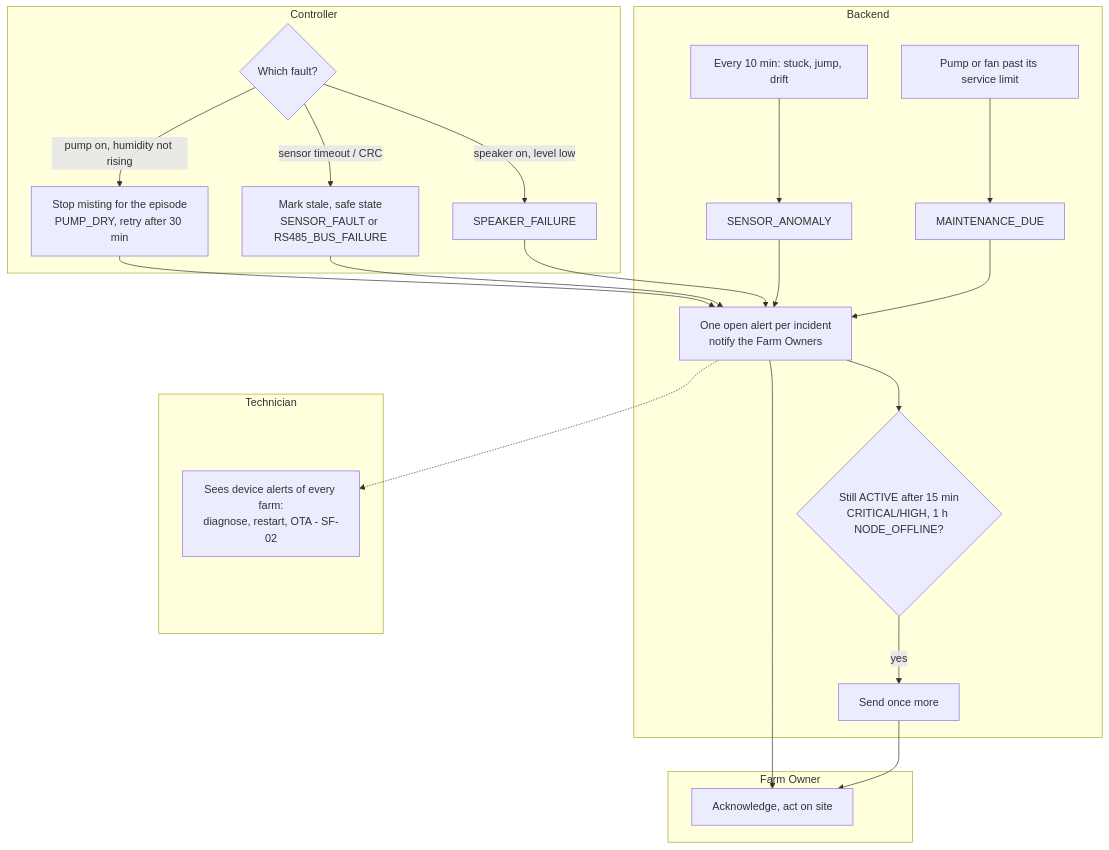
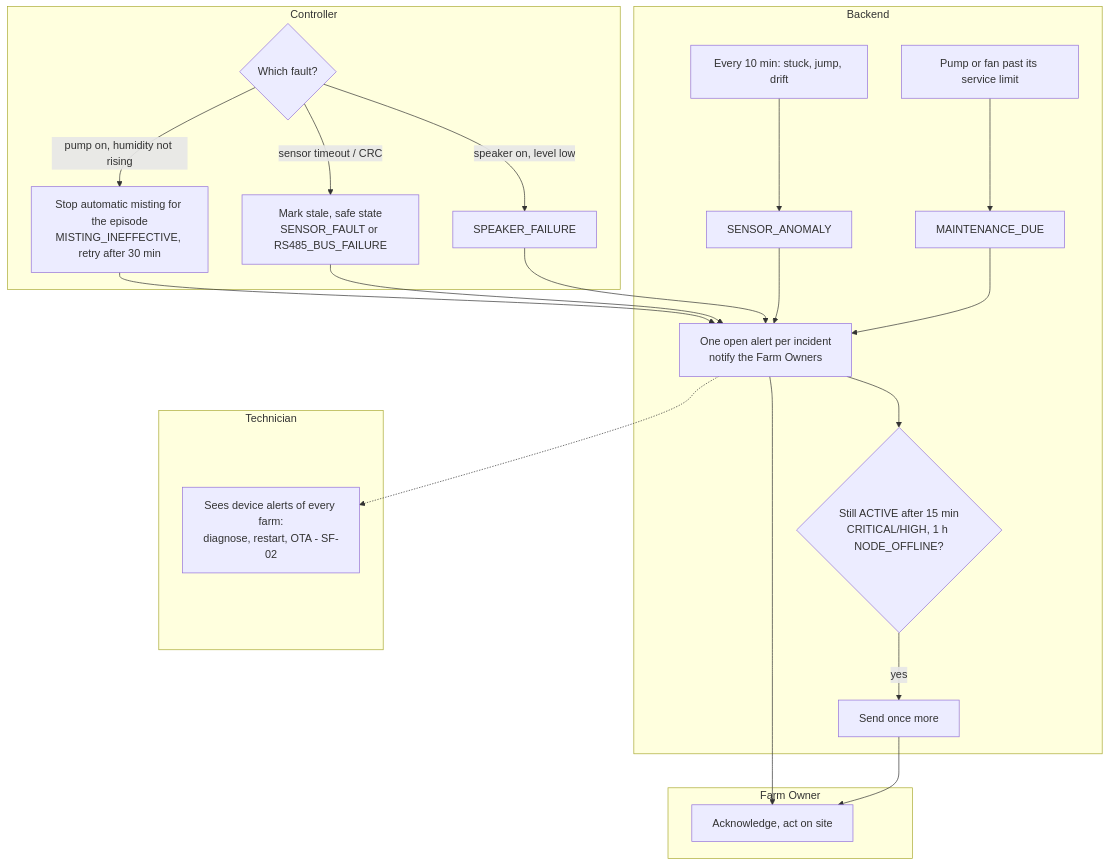
One commit to NBao261/SwiftletCare_KLTN changed diagram 24 of 35 in docs/reports/report4-sdd.md. Above: the diagram before and after it, drawn with Mermaid. The commit also changed other lines of this file and 21 other files, not shown here.

````diff
--- a/docs/reports/report4-sdd.md
+++ b/docs/reports/report4-sdd.md
@@ -943,28 +1066,28 @@
 ```mermaid
 flowchart TB
   subgraph C[Controller]
     A1{Which fault?}
-    A1 -- pump on, humidity not rising --> A2[Stop misting for the episode<br/>PUMP_DRY, retry after 30 min]
+    A1 -- pump on, humidity not rising --> A2[Stop automatic misting for the episode<br/>MISTING_INEFFECTIVE, retry after 30 min]
     A1 -- sensor timeout / CRC --> A3[Mark stale, safe state<br/>SENSOR_FAULT or RS485_BUS_FAILURE]
     A1 -- speaker on, level low --> A4[SPEAKER_FAILURE]
   end
   subgraph B[Backend]
     B0[Every 10 min: stuck, jump, drift] --> B1[SENSOR_ANOMALY]
     B5[Pump or fan past its service limit] --> B6[MAINTENANCE_DUE]
     B2[One open alert per incident<br/>notify the Farm Owners]
     B3{Still ACTIVE after 15 min<br/>CRITICAL/HIGH, 1 h NODE_OFFLINE?} -- yes --> B4[Send once more]
   end
   subgraph O[Farm Owner]
     O1[Acknowledge, act on site]
   end
   subgraph T[Technician]
     T1[Sees device alerts of every farm:<br/>diagnose, restart, OTA - SF-02]
   end
   A2 & A3 & A4 --> B2
   B1 --> B2
   B6 --> B2
   B2 --> O1
   B2 --> B3
   B4 --> O1
   B2 -.-> T1
 ```
````
